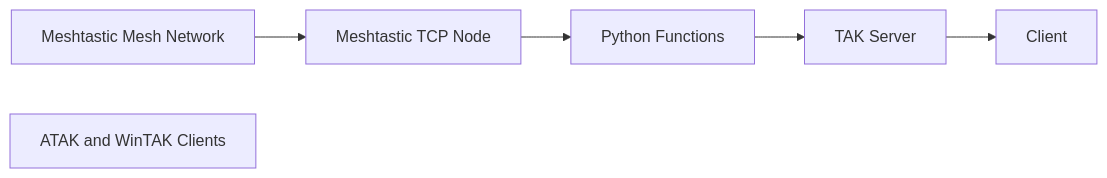
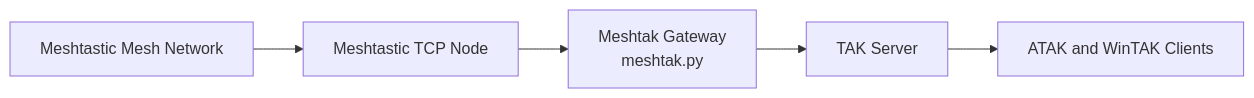
One commit to maui671/meshtak changed the diagram in README.md. Above: the diagram before and after it, drawn with Mermaid. The commit also changed other lines of this file, not shown here.

````diff
--- a/README.md
+++ b/README.md
@@ -29,13 +29,13 @@
 ```mermaid
-flowchart LR;
+flowchart LR
     Mesh[Meshtastic Mesh Network]
     Node[Meshtastic TCP Node]
-    Gateway[Python Functions]
+    Gateway[Meshtak Gateway<br/>meshtak.py]
     TAK[TAK Server]
     Clients[ATAK and WinTAK Clients]
 
     Mesh --> Node
     Node --> Gateway
     Gateway --> TAK
-    TAK --> Client
+    TAK --> Clients
 ```
````
